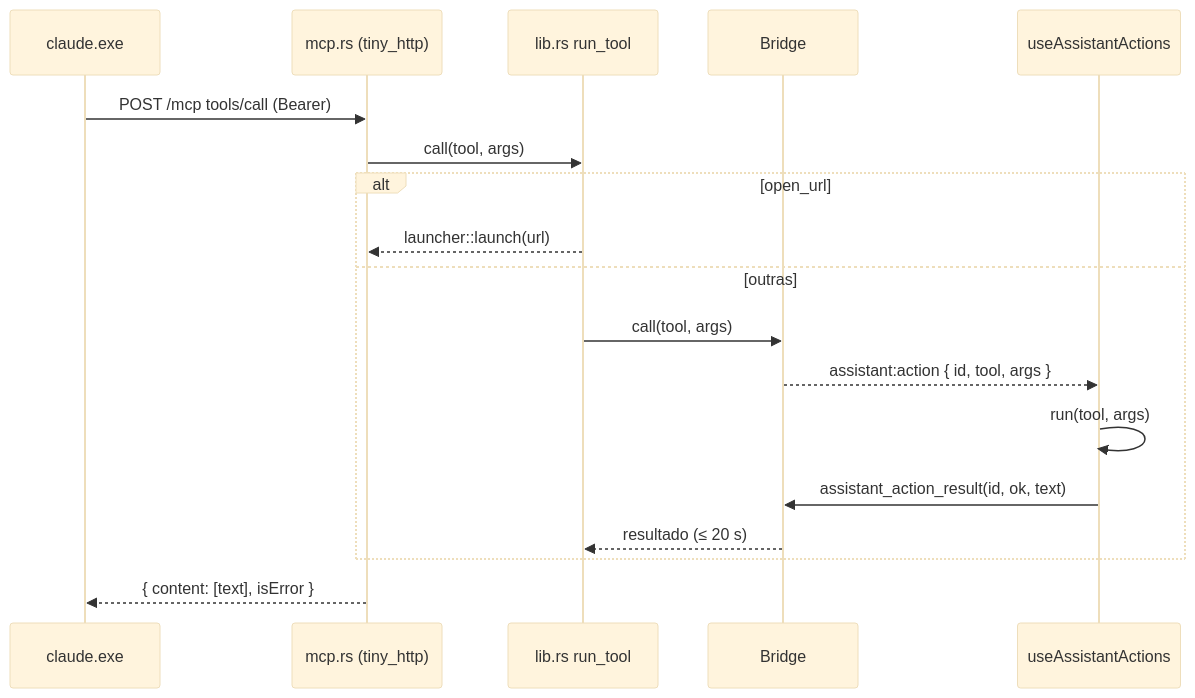
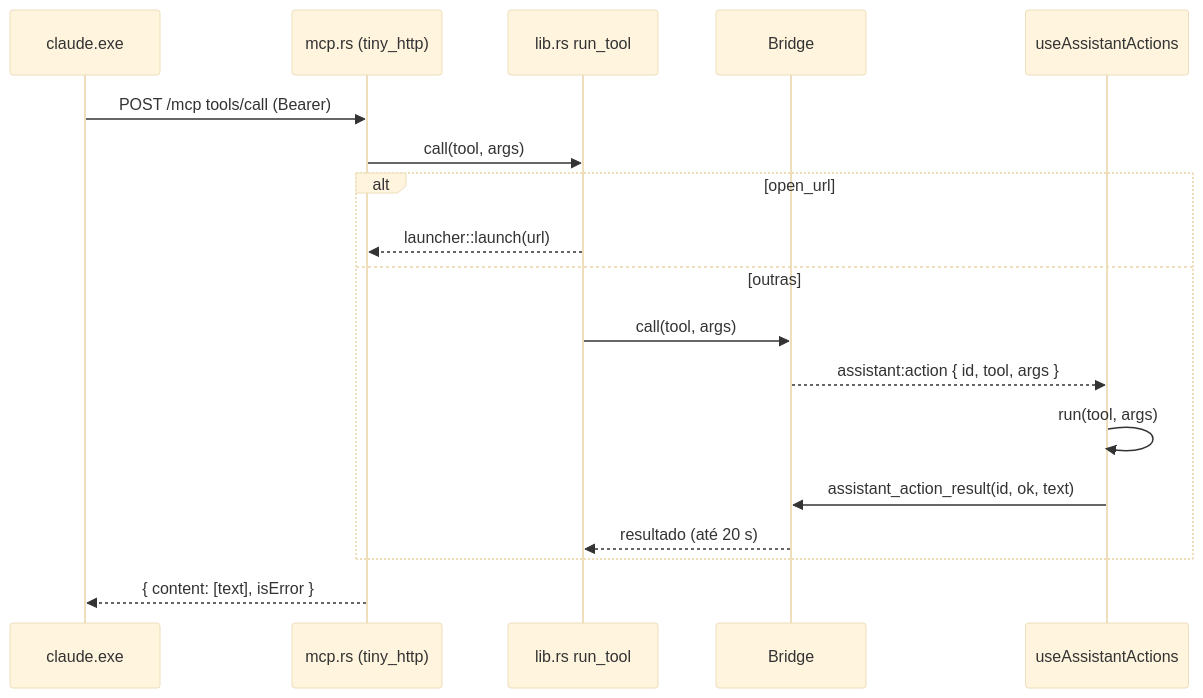
Before and after one commit to felipeAguiarCode/jvOS: the diagram in .specs/features/assistant-tools/spec.md, drawn with Mermaid (base theme). The commit also changed other lines of this file and 90 other files, not shown here.

````diff
--- a/.specs/features/assistant-tools/spec.md
+++ b/.specs/features/assistant-tools/spec.md
@@ -246,20 +373,20 @@
 ```mermaid
 sequenceDiagram
   participant C as claude.exe
   participant S as mcp.rs (tiny_http)
   participant L as lib.rs run_tool
   participant B as Bridge
   participant UI as useAssistantActions
   C->>S: POST /mcp tools/call (Bearer)
   S->>L: call(tool, args)
   alt open_url
     L-->>S: launcher::launch(url)
   else outras
     L->>B: call(tool, args)
     B-->>UI: assistant:action { id, tool, args }
     UI->>UI: run(tool, args)
     UI->>B: assistant_action_result(id, ok, text)
-    B-->>L: resultado (≤ 20 s)
+    B-->>L: resultado (até 20 s)
   end
   S-->>C: { content: [text], isError }
 ```
````
